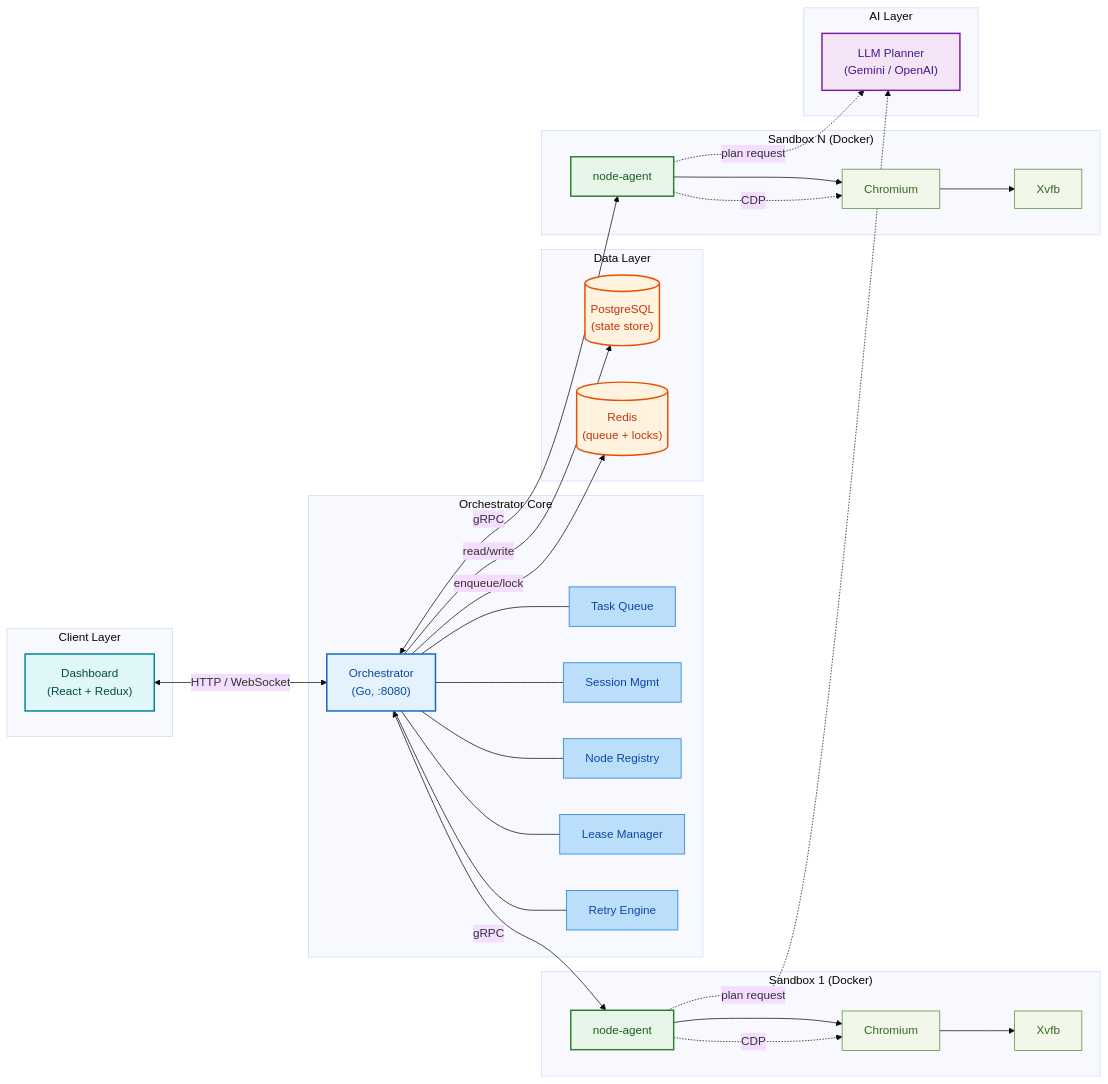
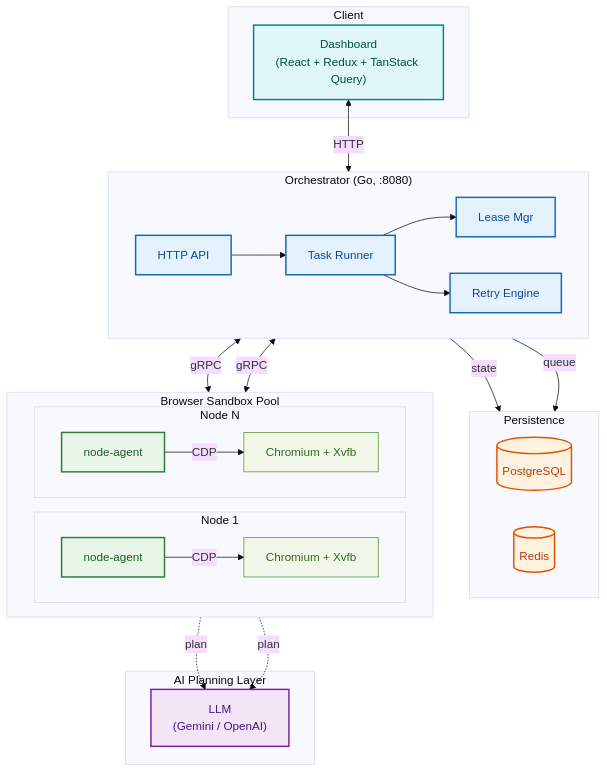
One commit to VenkatGGG/Browser-use changed the second of 2 diagrams in README.md. Above: the diagram before and after it, drawn with Mermaid (base theme). The commit also changed other lines of this file, not shown here.

Commit message:
docs: restructure diagrams with subgraph layers and cleaner flow

````diff
--- a/README.md
+++ b/README.md
@@ -76,57 +91,56 @@
 ```mermaid
-flowchart LR
-    subgraph CLIENT ["Client Layer"]
-        DASH["Dashboard\n(React + Redux)"]:::client
+flowchart TB
+    subgraph CLIENT ["Client"]
+        DASH["Dashboard\n(React + Redux + TanStack Query)"]:::client
     end
 
-    subgraph CORE ["Orchestrator Core"]
-        ORC["Orchestrator\n(Go, :8080)"]:::orch
-        TQ["Task Queue"]:::orch_int
-        SM["Session Mgmt"]:::orch_int
-        NR["Node Registry"]:::orch_int
-        LM["Lease Manager"]:::orch_int
-        RE["Retry Engine"]:::orch_int
-        ORC --- TQ
-        ORC --- SM
-        ORC --- NR
-        ORC --- LM
-        ORC --- RE
+    subgraph ORCH ["Orchestrator (Go, :8080)"]
+        direction LR
+        API["HTTP API"]:::orch
+        RUNNER["Task Runner"]:::orch
+        LEASE["Lease Mgr"]:::orch
+        RETRY["Retry Engine"]:::orch
     end
 
-    subgraph STORE ["Data Layer"]
-        PG[("PostgreSQL\n(state store)")]:::data
-        RD[("Redis\n(queue + locks)")]:::data
+    subgraph DATA ["Persistence"]
+        direction LR
+        PG[("PostgreSQL")]:::data
+        RD[("Redis")]:::data
     end
 
-    subgraph SB1 ["Sandbox 1 (Docker)"]
-        NA1["node-agent"]:::agent --> CR1["Chromium"]:::browser
-        CR1 --> XV1["Xvfb"]:::browser
-        NA1 -.->|CDP| CR1
+    subgraph NODES ["Browser Sandbox Pool"]
+        direction LR
+        subgraph N1 ["Node 1"]
+            AG1["node-agent"]:::agent
+            BR1["Chromium + Xvfb"]:::browser
+        end
+        subgraph NN ["Node N"]
+            AGN["node-agent"]:::agent
+            BRN["Chromium + Xvfb"]:::browser
+        end
     end
 
-    subgraph SBN ["Sandbox N (Docker)"]
-        NAN["node-agent"]:::agent --> CRN["Chromium"]:::browser
-        CRN --> XVN["Xvfb"]:::browser
-        NAN -.->|CDP| CRN
+    subgraph AI ["AI Planning Layer"]
+        LLM["LLM\n(Gemini / OpenAI)"]:::ai
     end
 
-    subgraph LLM ["AI Layer"]
-        PLAN["LLM Planner\n(Gemini / OpenAI)"]:::ai
-    end
-
-    DASH <-->|"HTTP / WebSocket"| ORC
-    ORC <-->|"gRPC"| NA1
-    ORC <-->|"gRPC"| NAN
-    ORC -->|"read/write"| PG
-    ORC -->|"enqueue/lock"| RD
-    NA1 -.->|"plan request"| PLAN
-    NAN -.->|"plan request"| PLAN
+    DASH <-->|"HTTP"| API
+    API --> RUNNER
+    RUNNER --> LEASE
+    RUNNER --> RETRY
+    RUNNER -->|"state"| PG
+    RUNNER -->|"queue"| RD
+    LEASE <-->|"gRPC"| AG1
+    LEASE <-->|"gRPC"| AGN
+    AG1 -->|"CDP"| BR1
+    AGN -->|"CDP"| BRN
+    AG1 -.->|"plan"| LLM
+    AGN -.->|"plan"| LLM
 
     classDef client fill:#e0f7fa,stroke:#00838f,color:#004d40,stroke-width:2px
     classDef orch fill:#e3f2fd,stroke:#1565c0,color:#0d47a1,stroke-width:2px
-    classDef orch_int fill:#bbdefb,stroke:#1976d2,color:#0d47a1,stroke-width:1px
     classDef data fill:#fff3e0,stroke:#e65100,color:#bf360c,stroke-width:2px
     classDef agent fill:#e8f5e9,stroke:#2e7d32,color:#1b5e20,stroke-width:2px
     classDef browser fill:#f1f8e9,stroke:#558b2f,color:#33691e,stroke-width:1px
     classDef ai fill:#f3e5f5,stroke:#7b1fa2,color:#4a148c,stroke-width:2px
 ```
````
